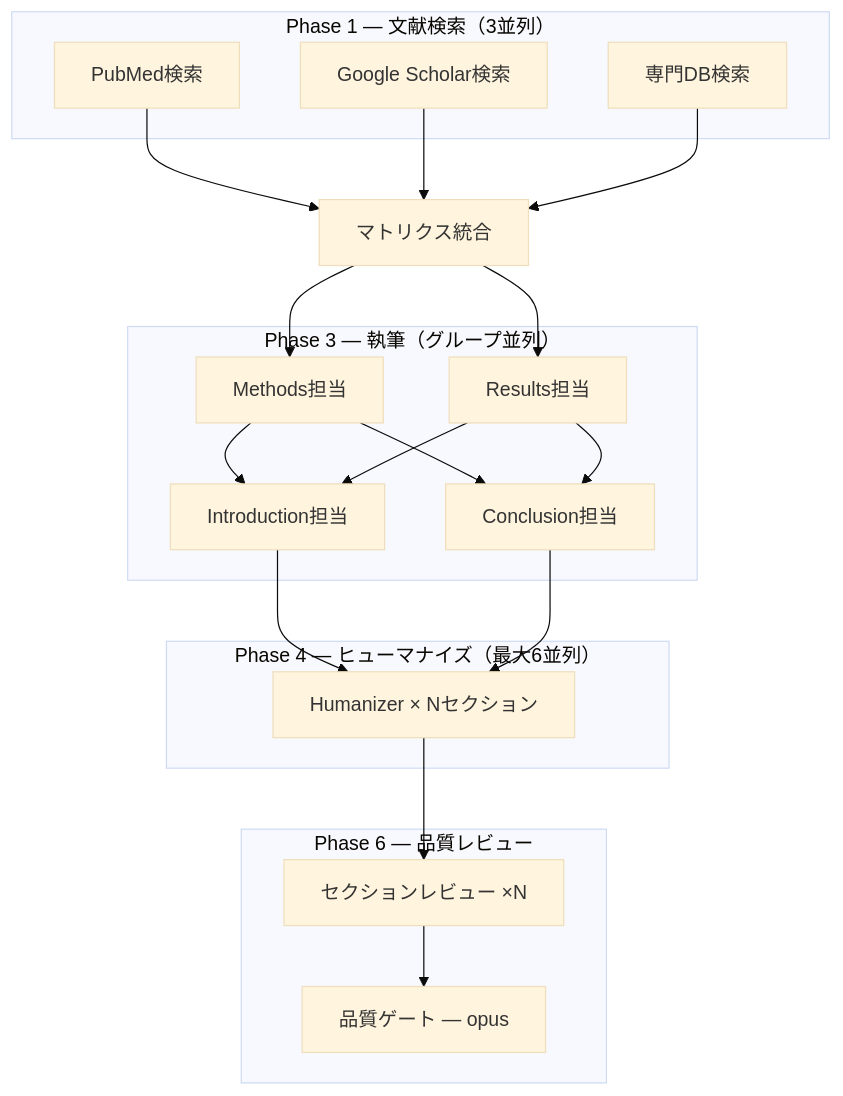
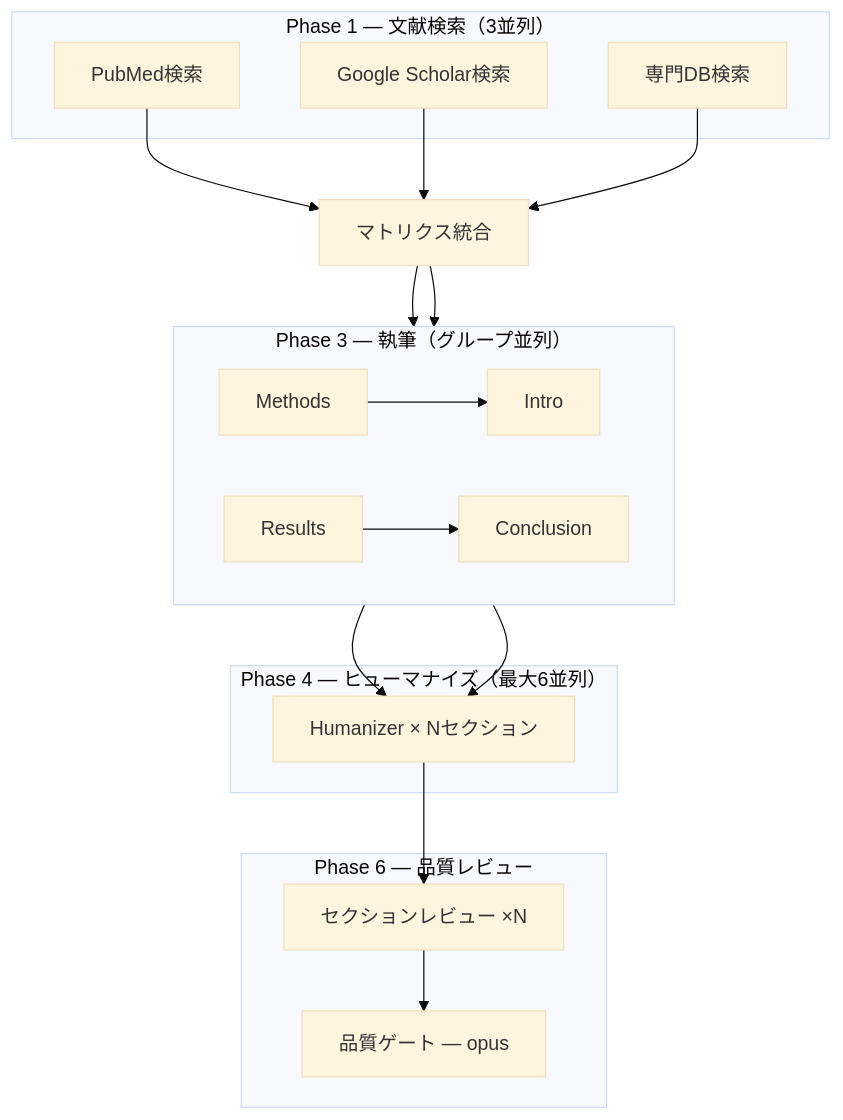
Before and after one commit to kgraph57/paper-writer-skill: the fourth of 4 diagrams in README.ja.md, drawn with Mermaid (base theme). The commit also changed 1 other file, not shown here.

Commit message:
fix: improve Phase 3 Mermaid layout to prevent text overlap
Use direction LR inside Phase 3 subgraph to arrange 4 drafter nodes
in 2 columns instead of stacking vertically.

````diff
--- a/README.ja.md
+++ b/README.ja.md
@@ -82,28 +82,29 @@
 ```mermaid
 flowchart TB
-    subgraph "Phase 1 — 文献検索（3並列）"
+    subgraph P1["Phase 1 — 文献検索（3並列）"]
         L1[PubMed検索]
         L2[Google Scholar検索]
         L3[専門DB検索]
     end
-    subgraph "Phase 3 — 執筆（グループ並列）"
-        D1[Methods担当]
-        D2[Results担当]
-        D3[Introduction担当]
-        D4[Conclusion担当]
+
+    subgraph P3["Phase 3 — 執筆（グループ並列）"]
+        direction LR
+        D1[Methods] --> D3[Intro]
+        D2[Results] --> D4[Conclusion]
     end
-    subgraph "Phase 4 — ヒューマナイズ（最大6並列）"
+
+    subgraph P4["Phase 4 — ヒューマナイズ（最大6並列）"]
         H1[Humanizer × Nセクション]
     end
-    subgraph "Phase 6 — 品質レビュー"
+
+    subgraph P6["Phase 6 — 品質レビュー"]
         R1[セクションレビュー ×N]
         R2[品質ゲート — opus]
     end
 
     L1 & L2 & L3 --> MERGE["マトリクス統合"]
     MERGE --> D1 & D2
-    D1 & D2 --> D3 & D4
     D3 & D4 --> H1
     H1 --> R1
     R1 --> R2
 ```
````
